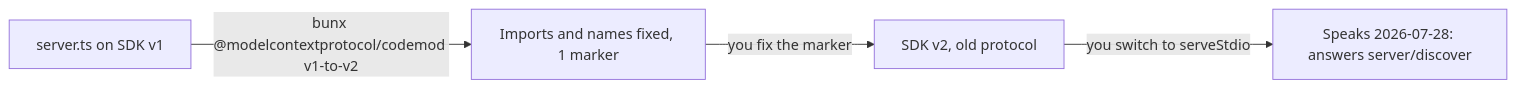
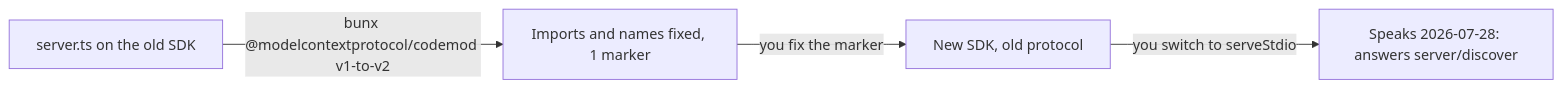
Before and after one commit to learnwithparam/mcp-workshop: the diagram in parts/05-grow-the-server/05-upgrade-a-v1-server/problem/README.md, drawn with Mermaid. The commit also changed other lines of this file and 81 other files, not shown here.

````diff
--- a/parts/05-grow-the-server/05-upgrade-a-v1-server/problem/README.md
+++ b/parts/05-grow-the-server/05-upgrade-a-v1-server/problem/README.md
@@ -24,6 +24,6 @@
 ```mermaid
 flowchart LR
-  V1[server.ts on SDK v1] -- "bunx @modelcontextprotocol/codemod v1-to-v2" --> M[Imports and names fixed, 1 marker]
-  M -- "you fix the marker" --> V2[SDK v2, old protocol]
+  V1[server.ts on the old SDK] -- "bunx @modelcontextprotocol/codemod v1-to-v2" --> M[Imports and names fixed, 1 marker]
+  M -- "you fix the marker" --> V2[New SDK, old protocol]
   V2 -- "you switch to serveStdio" --> D[Speaks 2026-07-28: answers server/discover]
 ```
````
